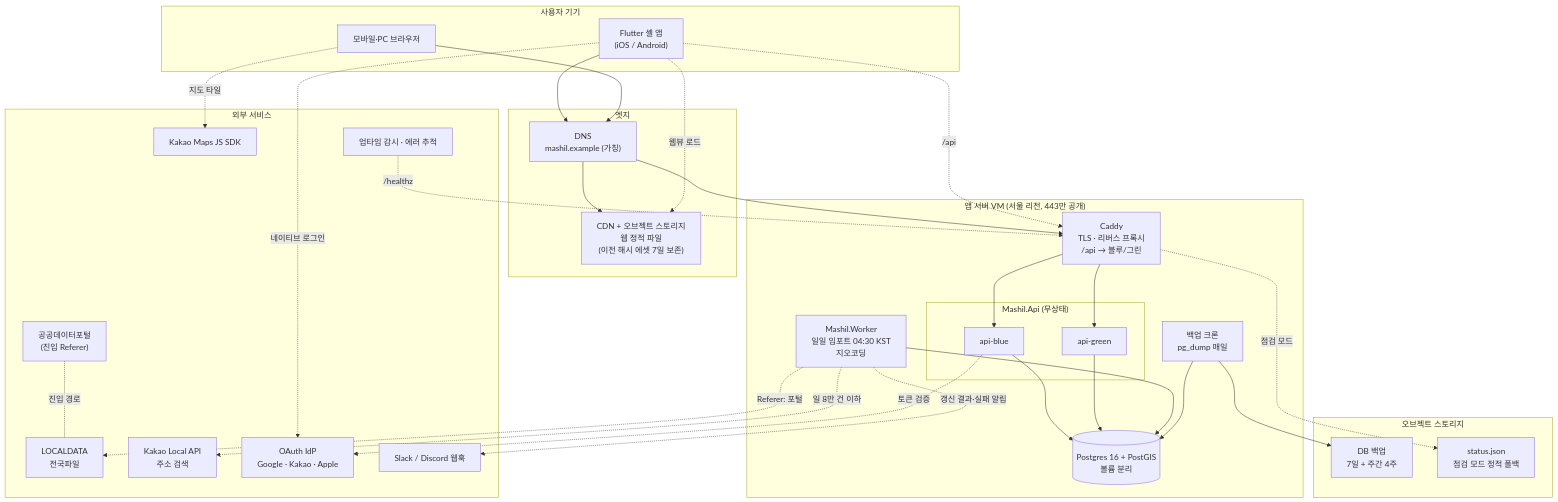
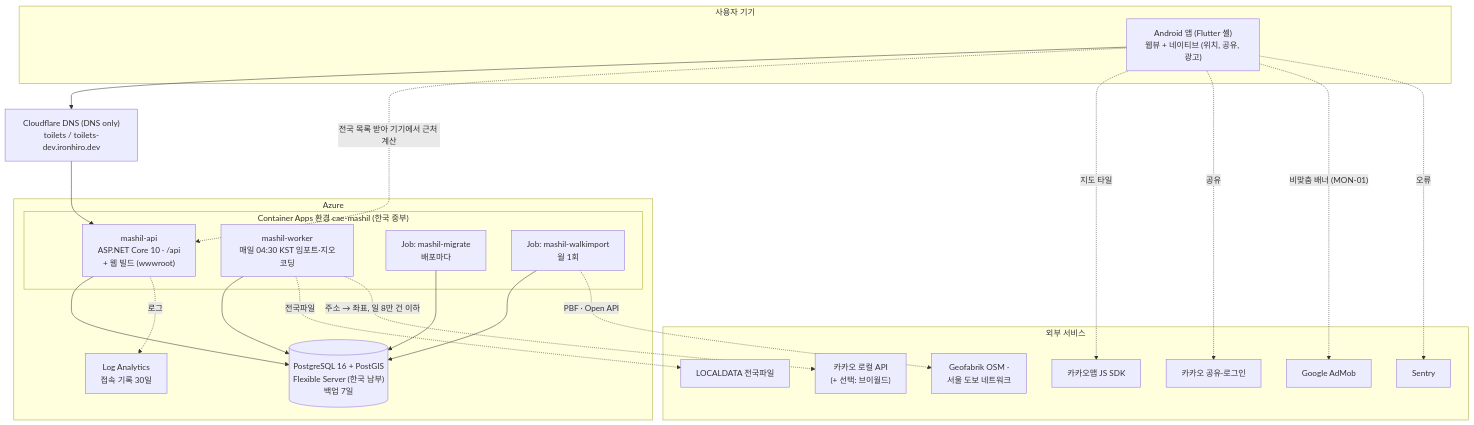
One commit to ironhiro/Mashil-App changed the first of 2 diagrams in docs/08-infrastructure.md. Above: the diagram before and after it, drawn with Mermaid. The commit also changed other lines of this file and 2 other files, not shown here.

First line of the commit message:
Docs: 08 describes the Azure setup that is actually running

````diff
--- a/docs/08-infrastructure.md
+++ b/docs/08-infrastructure.md
@@ -30,62 +30,45 @@
 ```mermaid
 flowchart TB
     subgraph Client["사용자 기기"]
-        App["Flutter 셸 앱<br/>(iOS / Android)"]
-        Browser["모바일·PC 브라우저"]
+        App["Android 앱 (Flutter 셸)<br/>웹뷰 + 네이티브 (위치, 공유, 광고)"]
     end
 
-    subgraph Edge["엣지"]
-        DNS["DNS<br/>mashil.example (가칭)"]
-        CDN["CDN + 오브젝트 스토리지<br/>웹 정적 파일<br/>(이전 해시 에셋 7일 보존)"]
-    end
-
-    subgraph VM["앱 서버 VM (서울 리전, 443만 공개)"]
-        Caddy["Caddy<br/>TLS · 리버스 프록시<br/>/api → 블루/그린"]
-        subgraph APIs["Mashil.Api (무상태)"]
-            Blue["api-blue"]
-            Green["api-green"]
+    subgraph Azure["Azure"]
+        subgraph CAE["Container Apps 환경 cae-mashil (한국 중부)"]
+            API["mashil-api<br/>ASP.NET Core 10 · /api<br/>+ 웹 빌드 (wwwroot)"]
+            Worker["mashil-worker<br/>매일 04:30 KST 임포트·지오코딩"]
+            Mig["Job: mashil-migrate<br/>배포마다"]
+            Walk["Job: mashil-walkimport<br/>월 1회"]
         end
-        Worker["Mashil.Worker<br/>일일 임포트 04:30 KST<br/>지오코딩"]
-        PG[("Postgres 16 + PostGIS<br/>볼륨 분리")]
-        Backup["백업 크론<br/>pg_dump 매일"]
-    end
-
-    subgraph Storage["오브젝트 스토리지"]
-        Dumps["DB 백업<br/>7일 + 주간 4주"]
-        Status["status.json<br/>점검 모드 정적 폴백"]
+        PG[("PostgreSQL 16 + PostGIS<br/>Flexible Server (한국 남부)<br/>백업 7일")]
+        Logs["Log Analytics<br/>접속 기록 30일"]
     end
 
     subgraph External["외부 서비스"]
-        LD["LOCALDATA<br/>전국파일"]
-        Portal["공공데이터포털<br/>(진입 Referer)"]
-        KakaoLocal["Kakao Local API<br/>주소 검색"]
-        KakaoMap["Kakao Maps JS SDK"]
-        IdP["OAuth IdP<br/>Google · Kakao · Apple"]
-        Hook["Slack / Discord 웹훅"]
-        Mon["업타임 감시 · 에러 추적"]
+        LD["LOCALDATA 전국파일"]
+        KakaoLocal["카카오 로컬 API<br/>(+ 선택: 브이월드)"]
+        OSM["Geofabrik OSM ·<br/>서울 도보 네트워크"]
+        KakaoMap["카카오맵 JS SDK"]
+        KakaoShare["카카오 공유·로그인"]
+        AdMob["Google AdMob"]
+        Sentry["Sentry"]
     end
 
-    App --> DNS
-    Browser --> DNS
-    DNS --> CDN
-    DNS --> Caddy
-    App -. "웹뷰 로드" .-> CDN
-    App -. "/api" .-> Caddy
-    Browser -. "지도 타일" .-> KakaoMap
-    App -. "네이티브 로그인" .-> IdP
+    DNS["Cloudflare DNS (DNS only)<br/>toilets / toilets-dev.ironhiro.dev"]
 
-    Caddy --> Blue
-    Caddy --> Green
-    Blue --> PG
-    Green --> PG
-    Blue -. "토큰 검증" .-> IdP
+    App --> DNS --> API
+    App -. "전국 목록 받아 기기에서 근처 계산" .-> API
+    App -. "지도 타일" .-> KakaoMap
+    App -. "공유" .-> KakaoShare
+    App -. "비맞춤 배너 (MON-01)" .-> AdMob
+    App -. "오류" .-> Sentry
+
+    API --> PG
     Worker --> PG
-    Worker -. "Referer: 포털" .-> LD
-    Portal -. "진입 경로" .- LD
-    Worker -. "일 8만 건 이하" .-> KakaoLocal
-    Worker -. "갱신 결과·실패 알림" .-> Hook
-    Backup --> PG
-    Backup --> Dumps
-    Caddy -. "점검 모드" .-> Status
-    Mon -. "/healthz" .-> Caddy
+    Mig --> PG
+    Walk --> PG
+    Worker -. "전국파일" .-> LD
+    Worker -. "주소 → 좌표, 일 8만 건 이하" .-> KakaoLocal
+    Walk -. "PBF · Open API" .-> OSM
+    API -. "로그" .-> Logs
 ```
````
